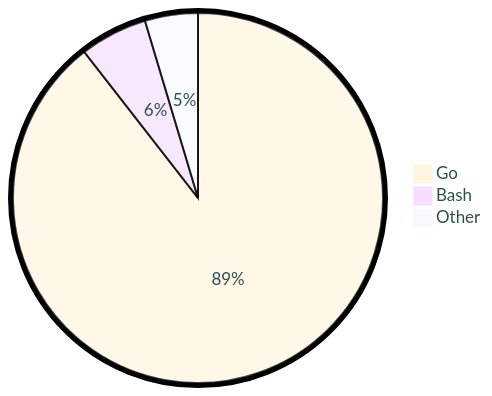
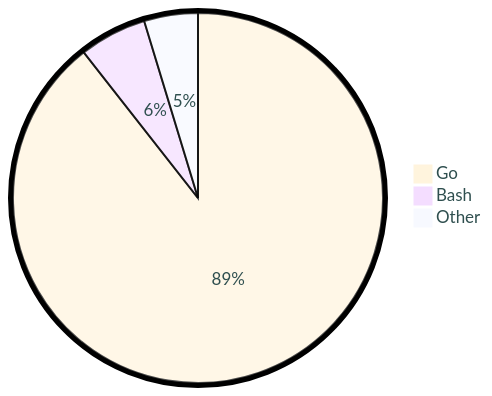
One commit to tot0p/tot0p changed the diagram in README.md. Above: the diagram before and after it, drawn with Mermaid. The commit also changed other lines of this file, not shown here.

````diff
--- a/README.md
+++ b/README.md
@@ -74,7 +76,7 @@
 ```mermaid
 %%{init: {"pie": {"textPosition": 0.5}, "themeVariables": {"pieOuterStrokeWidth": "5px","primaryTextColor" : "#2F4F4F"},"theme":"base"} }%%
 pie
-	"Go": 89.47
-	"Bash": 5.9
-	"Other": 4.63
+	"Go": 89.41
+	"Bash": 5.89
+	"Other": 4.7
 ```
````
